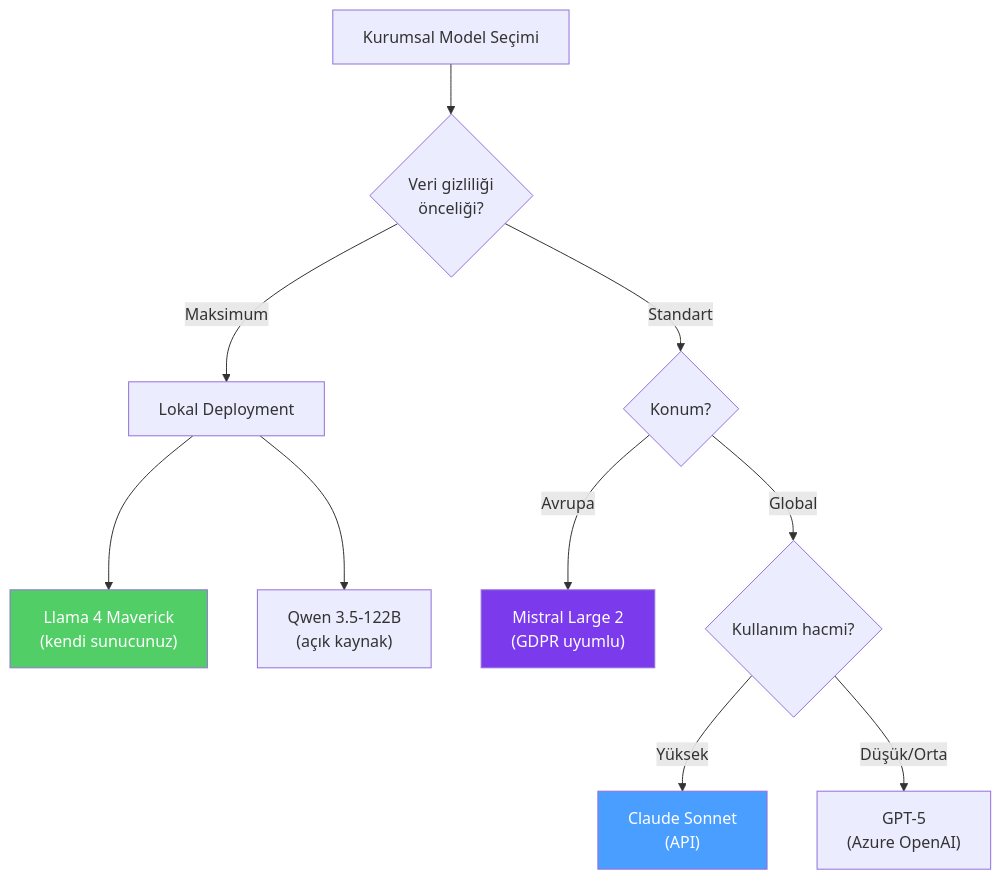
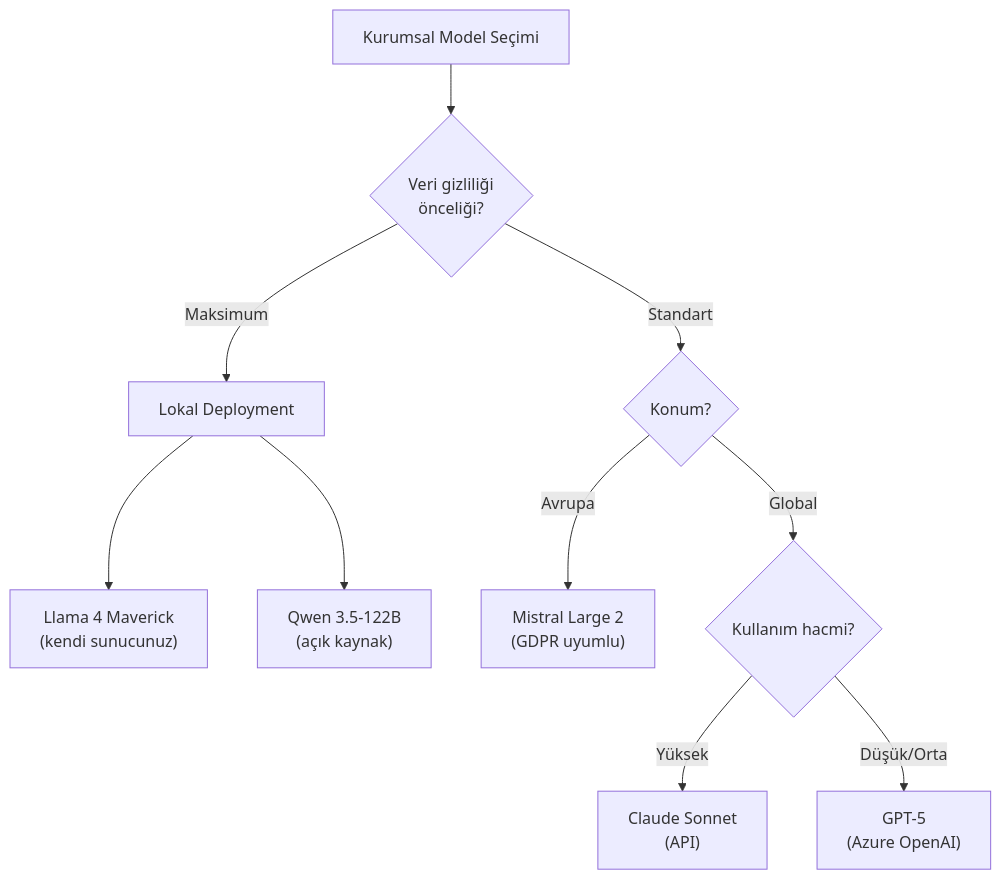
The ninth of 11 diagrams in 03-llm-saglayicilari/06-buyuk-karsilastirma.md (IzzetYasinAtes/ClaudeCodeHandbook), drawn with Mermaid before and after one commit. The commit also changed other lines of this file and 97 other files, not shown here.

Commit message:
Remove all custom Mermaid style/fill colors from 98 markdown files for consistent dark theme rendering

````diff
--- a/03-llm-saglayicilari/06-buyuk-karsilastirma.md
+++ b/03-llm-saglayicilari/06-buyuk-karsilastirma.md
@@ -259,22 +255,19 @@
 ```mermaid
 flowchart TD
     K["Kurumsal Model Seçimi"]
 
     K --> K1{"Veri gizliliği<br/>önceliği?"}
 
     K1 -->|"Maksimum"| K2["Lokal Deployment"]
     K1 -->|"Standart"| K3{"Konum?"}
 
     K2 --> K2A["Llama 4 Maverick<br/>(kendi sunucunuz)"]
     K2 --> K2B["Qwen 3.5-122B<br/>(açık kaynak)"]
 
     K3 -->|"Avrupa"| K3A["Mistral Large 2<br/>(GDPR uyumlu)"]
     K3 -->|"Global"| K4{"Kullanım hacmi?"}
 
     K4 -->|"Yüksek"| K4A["Claude Sonnet<br/>(API)"]
     K4 -->|"Düşük/Orta"| K4B["GPT-5<br/>(Azure OpenAI)"]
 
-    style K2A fill:#51cf66,color:#fff
-    style K3A fill:#7c3aed,color:#fff
-    style K4A fill:#4a9eff,color:#fff
 ```
````
